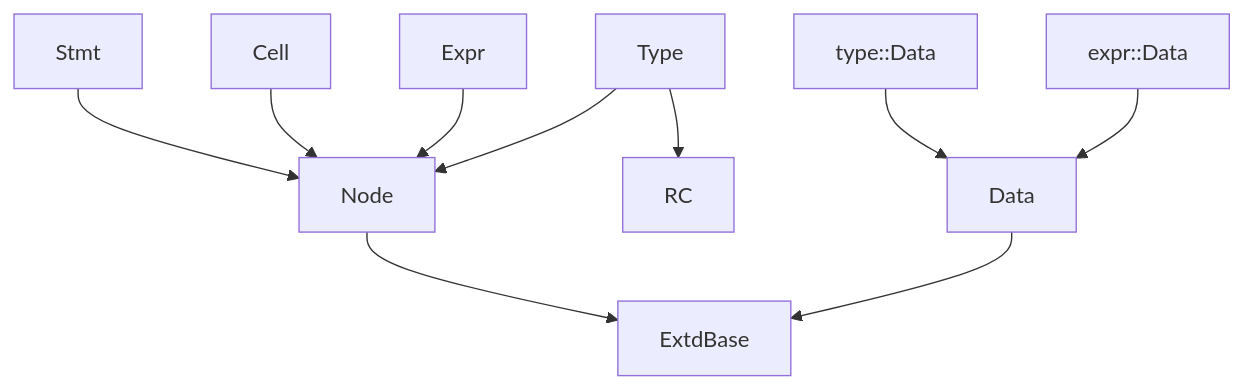
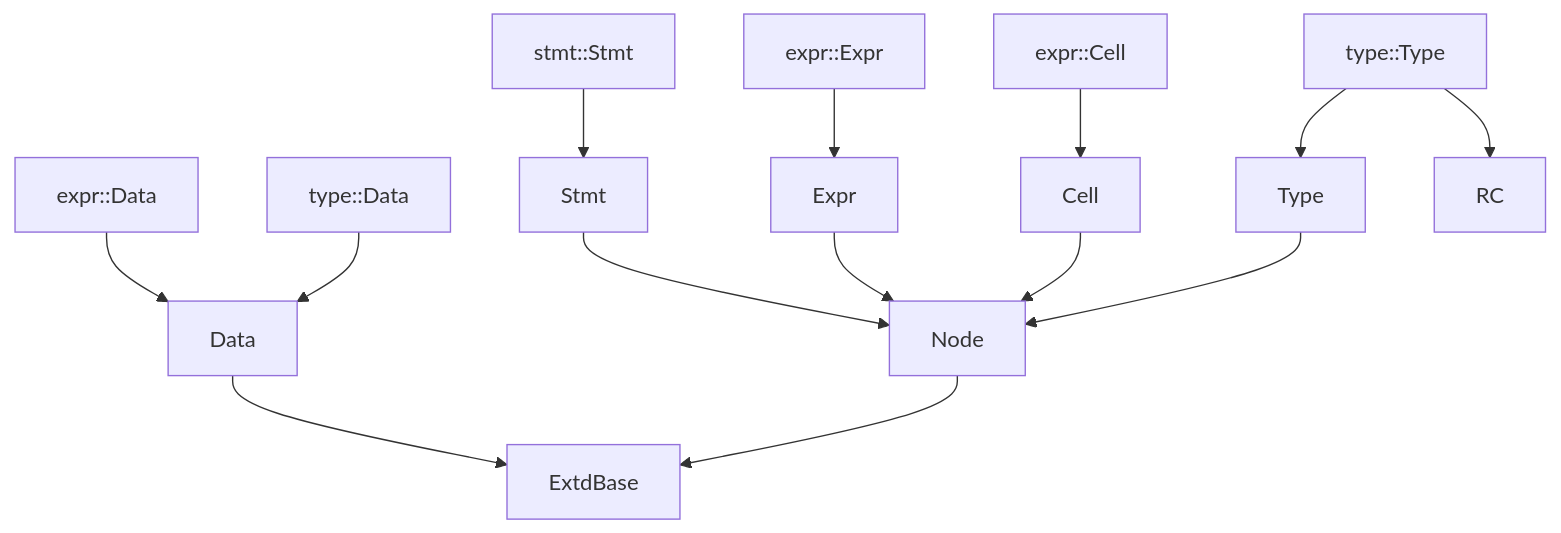
The second of 3 diagrams in src/ast/README.md (Mepy/tc), drawn with Mermaid before and after one commit. The commit also changed other lines of this file and 8 other files, not shown here.

````diff
--- a/src/ast/README.md
+++ b/src/ast/README.md
@@ -46,15 +50,21 @@
 ```Mermaid
 graph TD
 
 Node --> ExtdBase
 Data --> ExtdBase
-Stmt --> Node
+
 Type --> Node
 Cell --> Node
 Expr --> Node
-
-Type --> RC
+Stmt --> Node
 
 type::Data --> Data
 expr::Data --> Data
+
+type::Type --> Type
+type::Type --> RC
+expr::Cell --> Cell
+expr::Expr --> Expr
+stmt::Stmt --> Stmt
+
 ```
````
